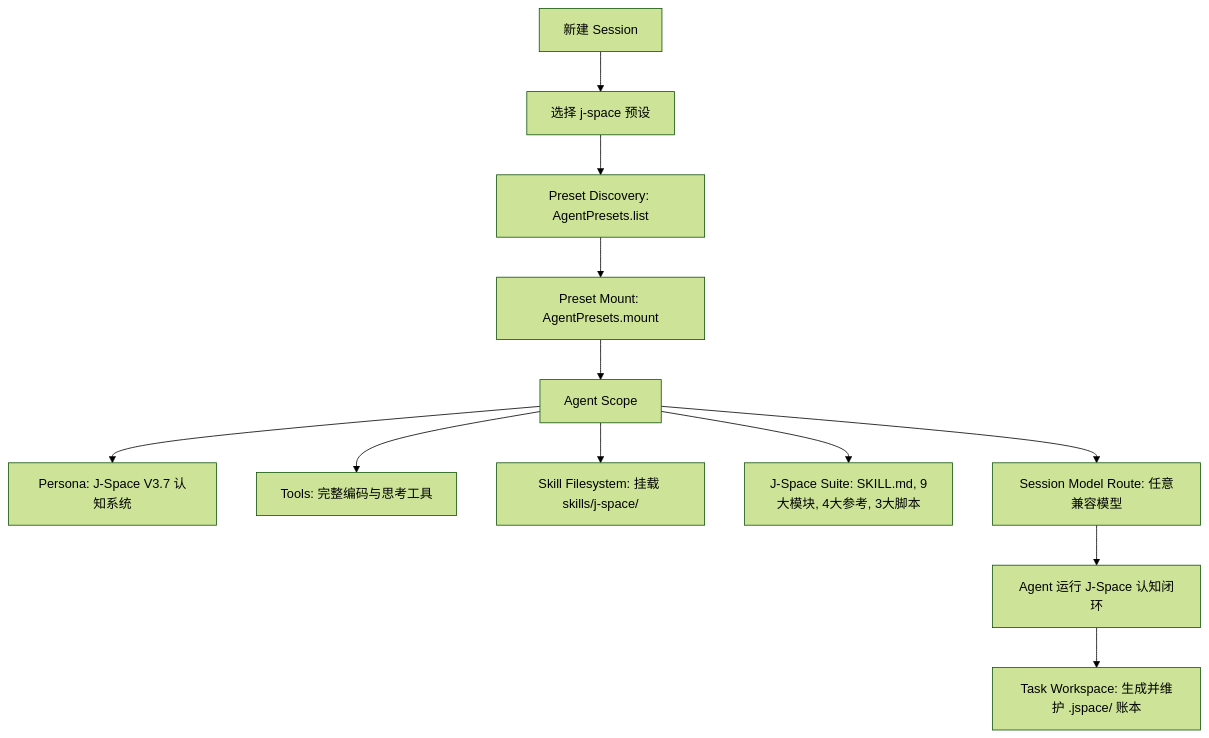
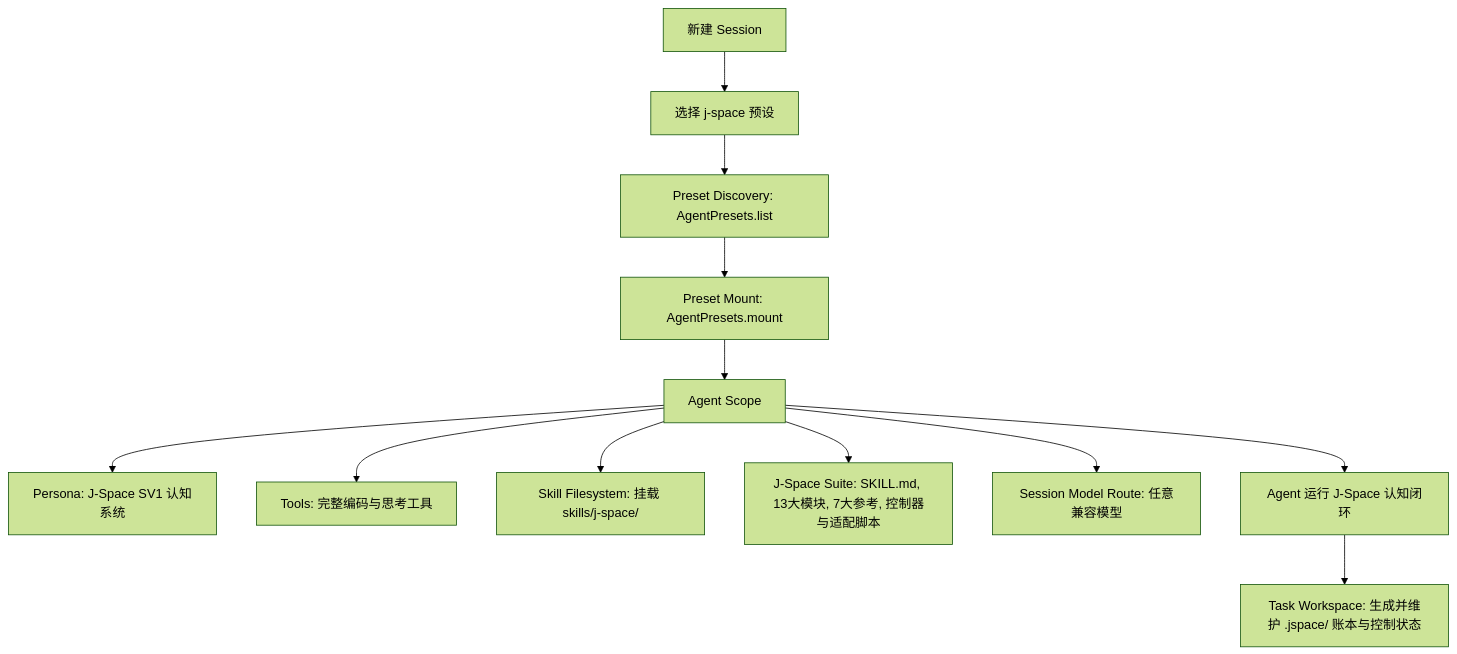
Before and after one commit to AnonyJcy/dsh-j-space: the diagram in README.md, drawn with Mermaid (forest theme). The commit also changed other lines of this file and 35 other files, not shown here.

First line of the commit message:
feat: sync upstream J-Space Cognition Suite SV1 (b202312) and bump to 1.1.0

````diff
--- a/README.md
+++ b/README.md
@@ -140,14 +141,14 @@
 ```mermaid
 flowchart TD
     A[新建 Session] --> B[选择 j-space 预设]
     B --> C[Preset Discovery: AgentPresets.list]
     C --> D[Preset Mount: AgentPresets.mount]
     D --> E[Agent Scope]
-    E --> F1[Persona: J-Space V3.7 认知系统]
+    E --> F1[Persona: J-Space SV1 认知系统]
     E --> F2[Tools: 完整编码与思考工具]
     E --> F3[Skill Filesystem: 挂载 skills/j-space/]
-    E --> F4[J-Space Suite: SKILL.md, 9大模块, 4大参考, 3大脚本]
+    E --> F4[J-Space Suite: SKILL.md, 13大模块, 7大参考, 控制器与适配脚本]
     E --> G[Session Model Route: 任意兼容模型]
-    G --> H[Agent 运行 J-Space 认知闭环]
-    H --> I[Task Workspace: 生成并维护 .jspace/ 账本]
+    E --> H[Agent 运行 J-Space 认知闭环]
+    H --> I[Task Workspace: 生成并维护 .jspace/ 账本与控制状态]
 ```
````
